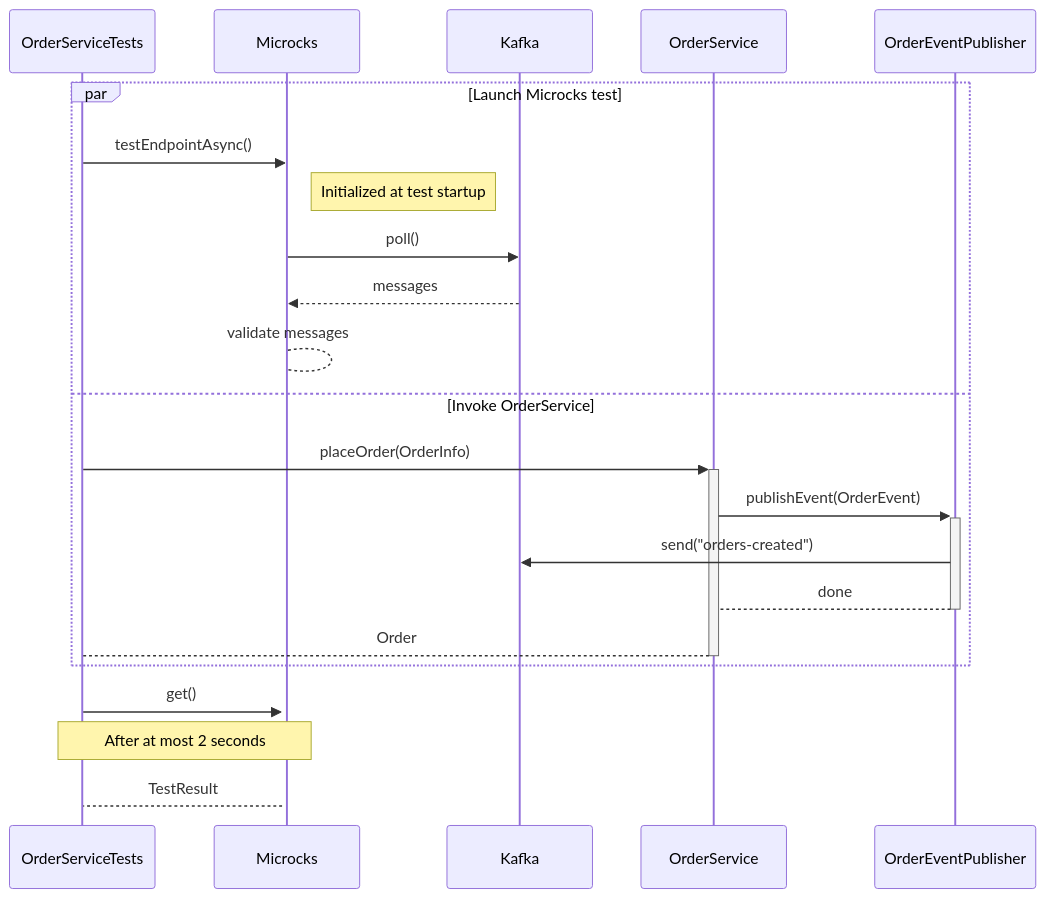
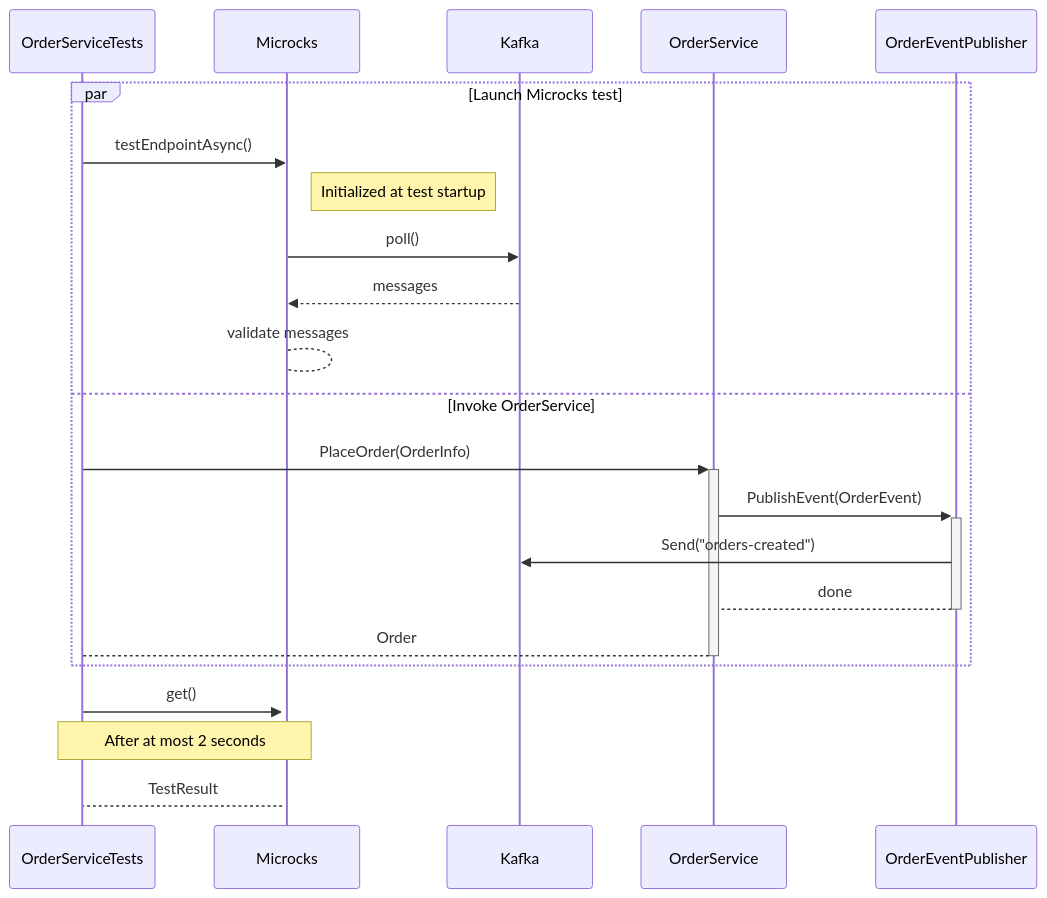
One commit to microcks/microcks-testcontainers-go-demo changed the first of 2 diagrams in step-5-write-async-tests.md. Above: the diagram before and after it, drawn with Mermaid. The commit also changed other lines of this file and 8 other files, not shown here.

````diff
--- a/step-5-write-async-tests.md
+++ b/step-5-write-async-tests.md
@@ -99,20 +99,20 @@
 ```mermaid
 sequenceDiagram
     par Launch Microcks test
       OrderServiceTests->>Microcks: testEndpointAsync()
       participant Microcks
       Note right of Microcks: Initialized at test startup
       Microcks->>Kafka: poll()
       Kafka-->>Microcks: messages
       Microcks-->Microcks: validate messages
     and Invoke OrderService
-      OrderServiceTests->>+OrderService: placeOrder(OrderInfo)
-      OrderService->>+OrderEventPublisher: publishEvent(OrderEvent)
-      OrderEventPublisher->>Kafka: send("orders-created")
+      OrderServiceTests->>+OrderService: PlaceOrder(OrderInfo)
+      OrderService->>+OrderEventPublisher: PublishEvent(OrderEvent)
+      OrderEventPublisher->>Kafka: Send("orders-created")
       OrderEventPublisher-->-OrderService: done
       OrderService-->-OrderServiceTests: Order
     end
     OrderServiceTests->>+Microcks: get()
     Note over OrderServiceTests,Microcks: After at most 2 seconds
     Microcks-->OrderServiceTests: TestResult
 ```
````
